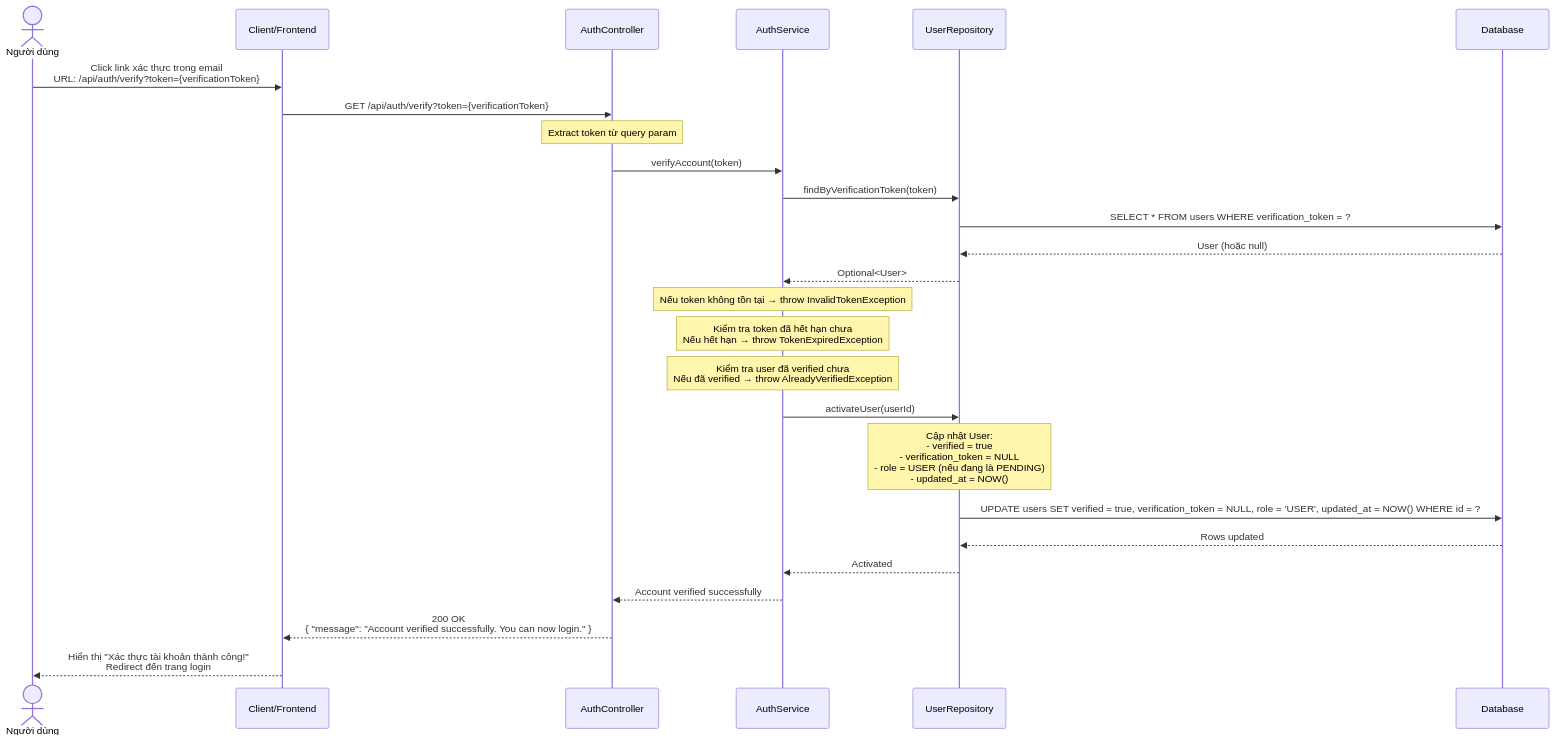
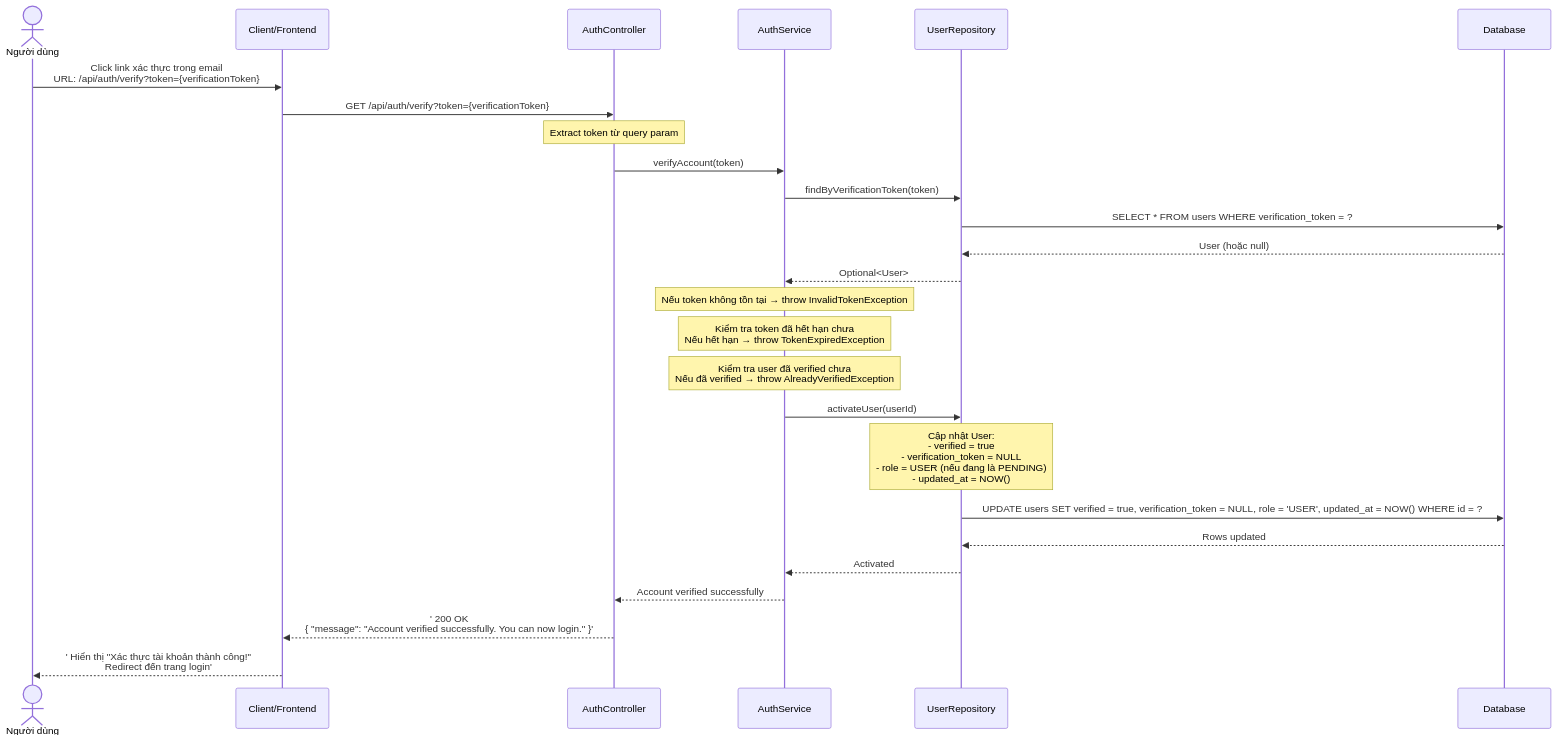
Before and after one commit to mchien04/CampusLife: the sixth of 7 diagrams in docs/sequence-diagramV2/sequence-diagram-auth.md, drawn with Mermaid. The commit also changed other lines of this file and 18 other files, not shown here.

First line of the commit message:
fix(sequence-diagramV2): fix Mermaid parse errors

````diff
--- a/docs/sequence-diagramV2/sequence-diagram-auth.md
+++ b/docs/sequence-diagramV2/sequence-diagram-auth.md
@@ -214,33 +214,33 @@
 ```mermaid
 sequenceDiagram
     actor User as Người dùng
     participant Client as Client/Frontend
     participant AuthController as AuthController
     participant AuthService as AuthService
     participant UserRepository as UserRepository
     participant Database as Database
 
     User->>Client: Click link xác thực trong email<br/>URL: /api/auth/verify?token={verificationToken}
     Client->>AuthController: GET /api/auth/verify?token={verificationToken}
     Note over AuthController: Extract token từ query param
     AuthController->>AuthService: verifyAccount(token)
     
     AuthService->>UserRepository: findByVerificationToken(token)
     UserRepository->>Database: SELECT * FROM users WHERE verification_token = ?
     Database-->>UserRepository: User (hoặc null)
     UserRepository-->>AuthService: Optional<User>
     
     Note over AuthService: Nếu token không tồn tại → throw InvalidTokenException
     Note over AuthService: Kiểm tra token đã hết hạn chưa<br/>Nếu hết hạn → throw TokenExpiredException
     Note over AuthService: Kiểm tra user đã verified chưa<br/>Nếu đã verified → throw AlreadyVerifiedException
     
     AuthService->>UserRepository: activateUser(userId)
     Note over UserRepository: Cập nhật User:<br/>- verified = true<br/>- verification_token = NULL<br/>- role = USER (nếu đang là PENDING)<br/>- updated_at = NOW()
     UserRepository->>Database: UPDATE users SET verified = true, verification_token = NULL, role = 'USER', updated_at = NOW() WHERE id = ?
     Database-->>UserRepository: Rows updated
     UserRepository-->>AuthService: Activated
     
     AuthService-->>AuthController: Account verified successfully
-    AuthController-->>Client: 200 OK<br/>{ "message": "Account verified successfully. You can now login." }
-    Client-->>User: Hiển thị "Xác thực tài khoản thành công!"<br/>Redirect đến trang login
+    AuthController-->>Client:' 200 OK<br/>{ "message": "Account verified successfully. You can now login." }'
+    Client-->>User:' Hiển thị "Xác thực tài khoản thành công!"<br/>Redirect đến trang login'
 ```
````
